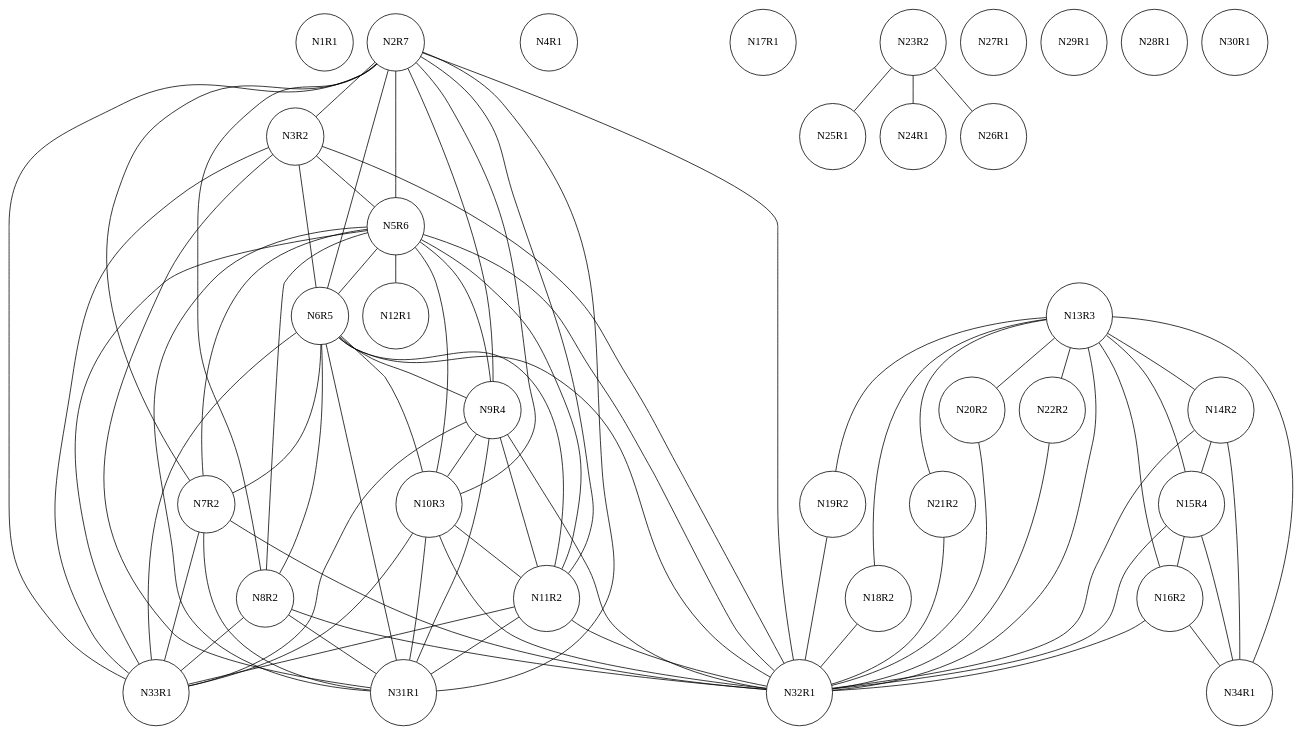
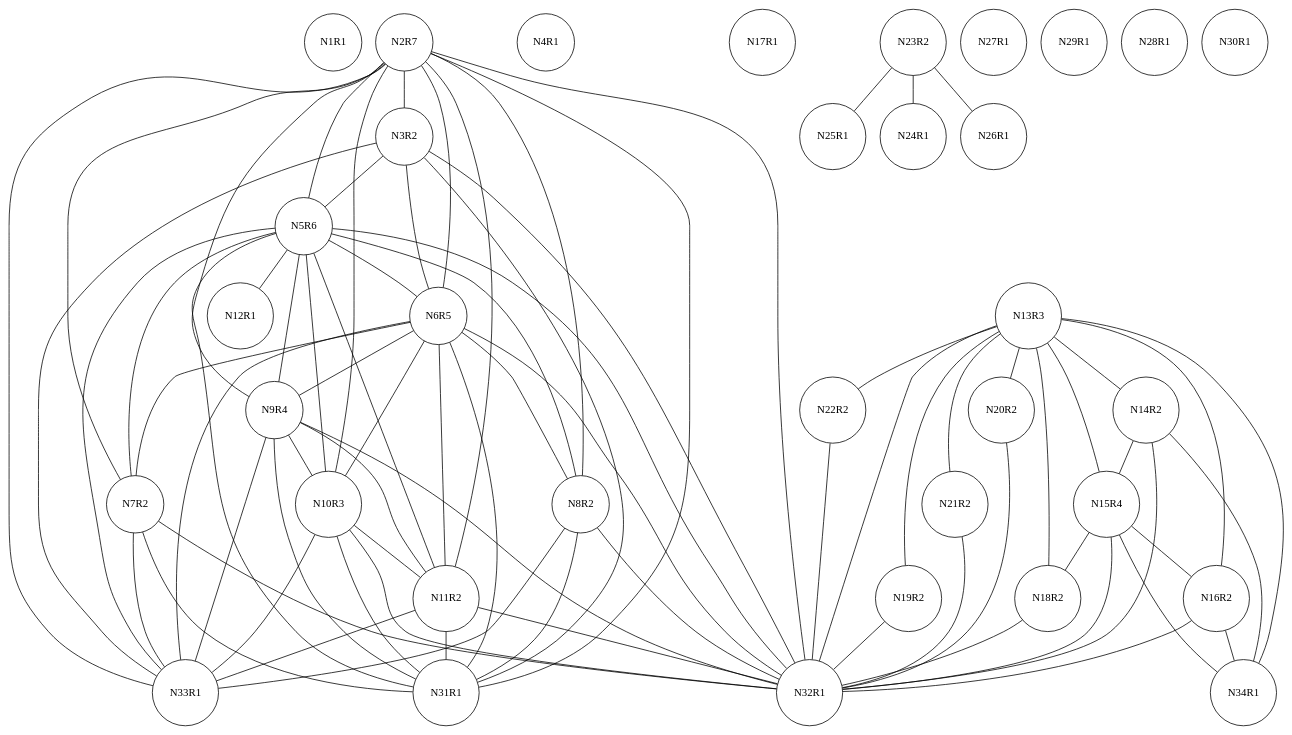
The diagram in project/factorial.txt.ig.dot (chris-wood/PL241-Compiler), drawn with Graphviz before and after one commit. The commit also changed 21 other files, not shown here.

```diff
--- a/project/factorial.txt.ig.dot
+++ b/project/factorial.txt.ig.dot
@@ -1,115 +1,116 @@
 graph ig {
     node [shape = circle];
     N1R1;
     N2R7;
     N3R2;
     N4R1;
     N5R6;
     N6R5;
     N7R2;
     N8R2;
     N9R4;
     N10R3;
     N11R2;
     N12R1;
     N13R3;
     N14R2;
     N15R4;
     N17R1;
     N16R2;
     N19R2;
     N18R2;
     N21R2;
     N20R2;
     N23R2;
     N22R2;
     N25R1;
     N24R1;
     N27R1;
     N26R1;
     N29R1;
     N28R1;
     N31R1;
     N30R1;
     N34R1;
     N32R1;
     N33R1;
+    N2R7 -- N32R1;
     N2R7 -- N33R1;
-    N2R7 -- N32R1;
+    N2R7 -- N6R5;
     N2R7 -- N5R6;
-    N2R7 -- N6R5;
     N2R7 -- N11R2;
     N2R7 -- N10R3;
     N2R7 -- N9R4;
     N2R7 -- N31R1;
     N2R7 -- N8R2;
     N2R7 -- N7R2;
     N2R7 -- N3R2;
+    N3R2 -- N32R1;
     N3R2 -- N33R1;
+    N3R2 -- N6R5;
     N3R2 -- N31R1;
-    N3R2 -- N32R1;
     N3R2 -- N5R6;
-    N3R2 -- N6R5;
     N5R6 -- N9R4;
     N5R6 -- N6R5;
+    N5R6 -- N32R1;
     N5R6 -- N33R1;
-    N5R6 -- N32R1;
     N5R6 -- N11R2;
     N5R6 -- N10R3;
     N5R6 -- N31R1;
     N5R6 -- N12R1;
     N5R6 -- N8R2;
     N5R6 -- N7R2;
     N6R5 -- N9R4;
+    N6R5 -- N32R1;
     N6R5 -- N33R1;
-    N6R5 -- N32R1;
     N6R5 -- N11R2;
     N6R5 -- N10R3;
     N6R5 -- N31R1;
     N6R5 -- N8R2;
     N6R5 -- N7R2;
+    N7R2 -- N32R1;
     N7R2 -- N33R1;
     N7R2 -- N31R1;
-    N7R2 -- N32R1;
+    N8R2 -- N32R1;
     N8R2 -- N31R1;
-    N8R2 -- N32R1;
     N8R2 -- N33R1;
     N9R4 -- N11R2;
     N9R4 -- N10R3;
+    N9R4 -- N32R1;
     N9R4 -- N33R1;
-    N9R4 -- N32R1;
     N9R4 -- N31R1;
     N10R3 -- N11R2;
+    N10R3 -- N32R1;
     N10R3 -- N33R1;
-    N10R3 -- N32R1;
     N10R3 -- N31R1;
+    N11R2 -- N32R1;
     N11R2 -- N33R1;
-    N11R2 -- N32R1;
     N11R2 -- N31R1;
     N13R3 -- N20R2;
     N13R3 -- N19R2;
     N13R3 -- N18R2;
     N13R3 -- N34R1;
     N13R3 -- N32R1;
     N13R3 -- N22R2;
     N13R3 -- N21R2;
     N13R3 -- N16R2;
     N13R3 -- N15R4;
     N13R3 -- N14R2;
     N14R2 -- N15R4;
     N14R2 -- N34R1;
     N14R2 -- N32R1;
     N15R4 -- N32R1;
+    N15R4 -- N16R2;
     N15R4 -- N34R1;
-    N15R4 -- N16R2;
+    N15R4 -- N18R2;
     N16R2 -- N32R1;
     N16R2 -- N34R1;
     N19R2 -- N32R1;
     N18R2 -- N32R1;
     N21R2 -- N32R1;
     N20R2 -- N32R1;
     N23R2 -- N26R1;
     N23R2 -- N25R1;
     N23R2 -- N24R1;
     N22R2 -- N32R1;
 }
```
